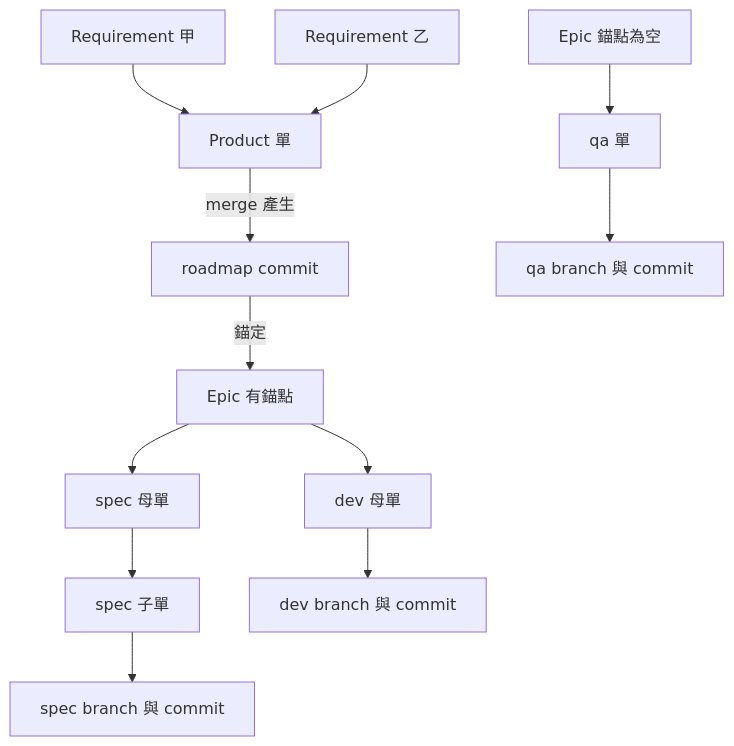
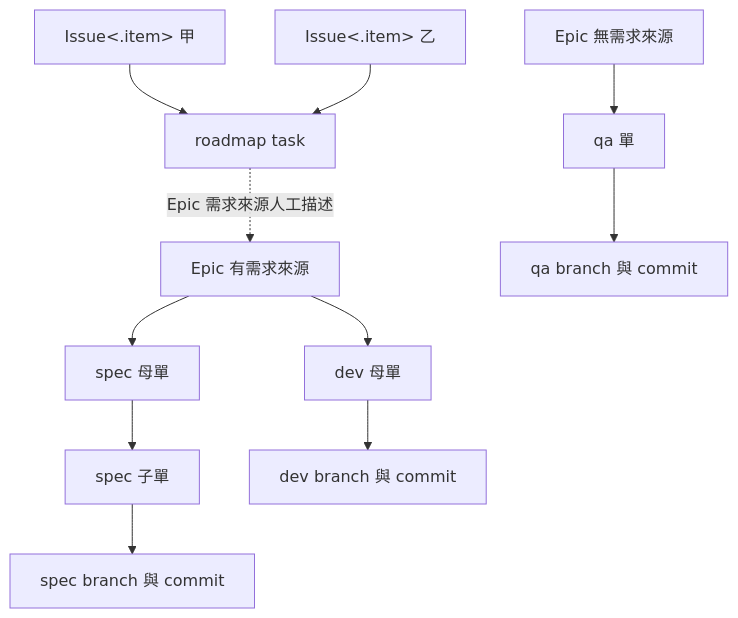
Before and after one commit to almightyken0425/KnowledgeVault: the third of 3 diagrams in no03_Product_Management_Guide/no1_Product_Management_Foundation/no3_igotthis_system_concept/no4_data_model_and_trace.md, drawn with Mermaid. The commit also changed other lines of this file and 7 other files, not shown here.

````diff
--- a/no03_Product_Management_Guide/no1_Product_Management_Foundation/no3_igotthis_system_concept/no4_data_model_and_trace.md
+++ b/no03_Product_Management_Guide/no1_Product_Management_Foundation/no3_igotthis_system_concept/no4_data_model_and_trace.md
@@ -184,27 +183,25 @@
 ```mermaid
 flowchart TD
-    R1["Requirement 甲"]
-    R2["Requirement 乙"]
-    PD["Product 單"]
-    RC["roadmap commit"]
-    E1["Epic 有錨點"]
-    E0["Epic 錨點為空"]
+    R1["Issue<.item> 甲"]
+    R2["Issue<.item> 乙"]
+    RT["roadmap task"]
+    E1["Epic 有需求來源"]
+    E0["Epic 無需求來源"]
     SM["spec 母單"]
     SC["spec 子單"]
     SB["spec branch 與 commit"]
     VM["dev 母單"]
     VB["dev branch 與 commit"]
     QM["qa 單"]
     QB["qa branch 與 commit"]
-    R1 --> PD
-    R2 --> PD
-    PD -->|"merge 產生"| RC
-    RC -->|"錨定"| E1
+    R1 --> RT
+    R2 --> RT
+    RT -.->|"Epic 需求來源人工描述"| E1
     E1 --> SM
     SM --> SC
     SC --> SB
     E1 --> VM
     VM --> VB
     E0 --> QM
     QM --> QB
 ```
````
